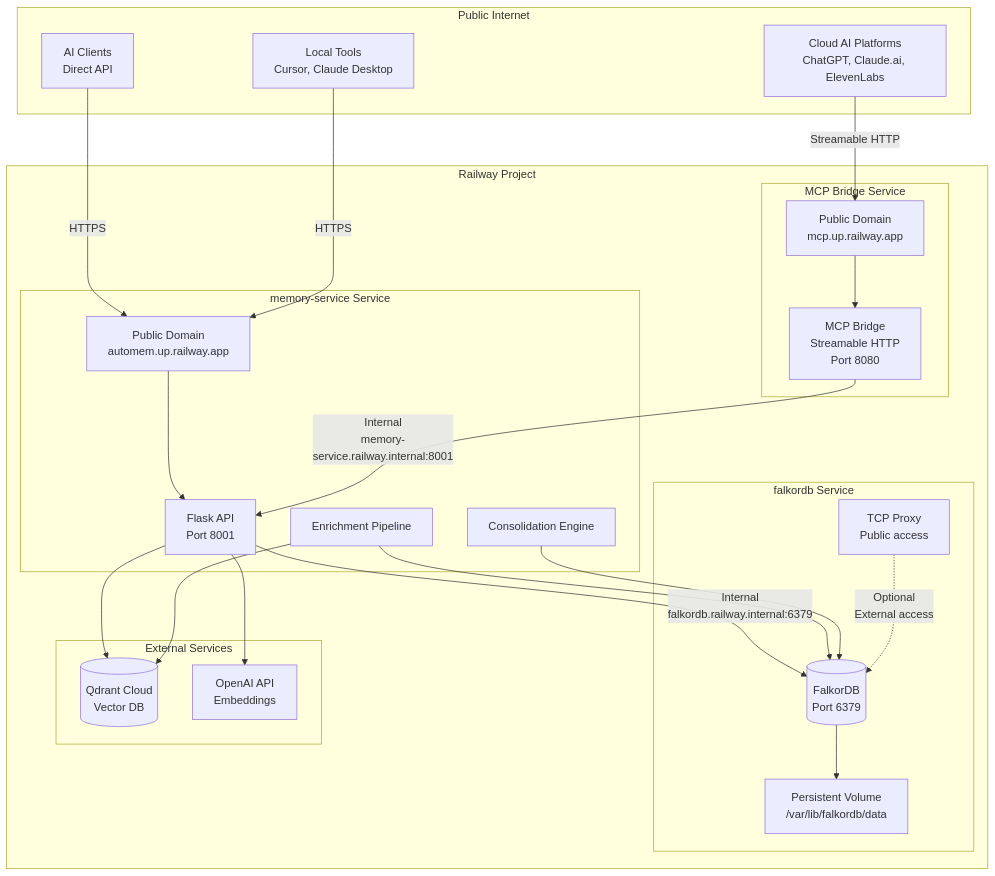
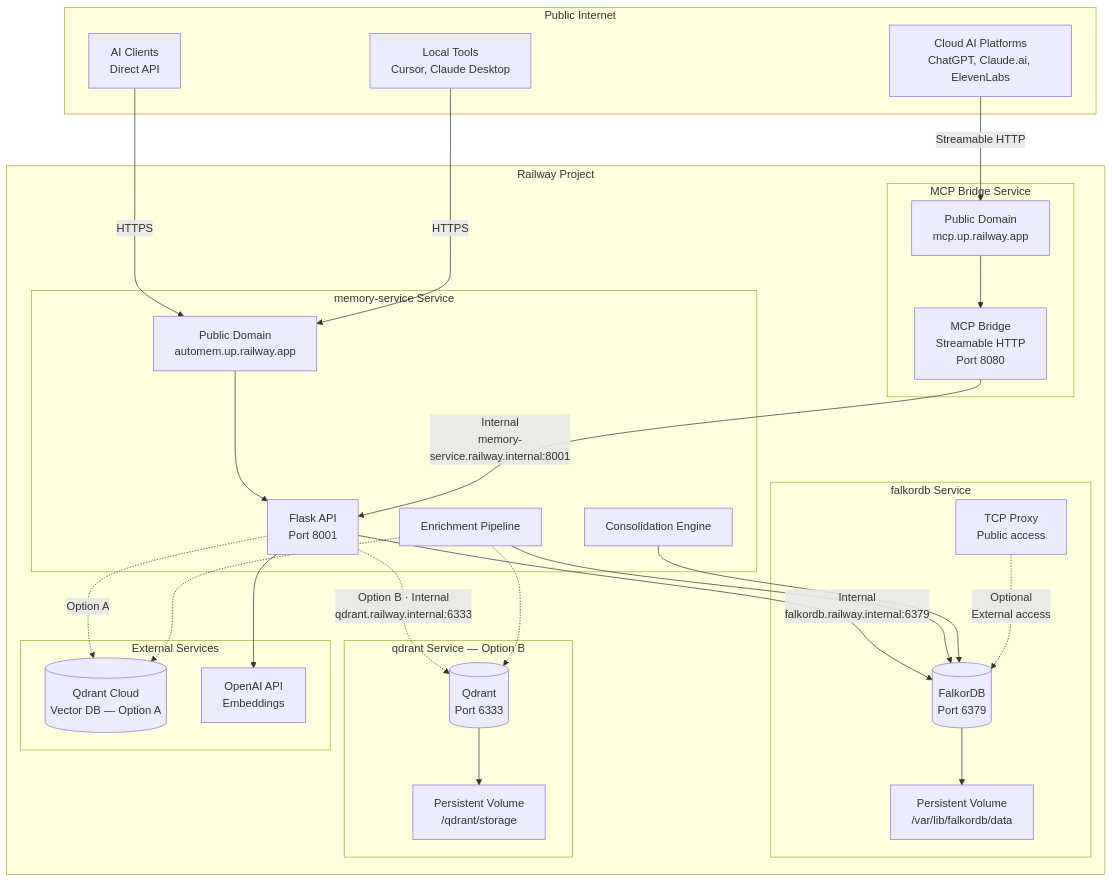
Before and after one commit to verygoodplugins/automem: the diagram in docs/RAILWAY_DEPLOYMENT.md, drawn with Mermaid. The commit also changed other lines of this file and 9 other files, not shown here.

First line of the commit message:
feat(config): add QDRANT_HOST + QDRANT_PORT as alternative to QDRANT_URL (#112)

````diff
--- a/docs/RAILWAY_DEPLOYMENT.md
+++ b/docs/RAILWAY_DEPLOYMENT.md
@@ -16,55 +16,63 @@
 ```mermaid
 flowchart TB
     subgraph internet [Public Internet]
         Users[AI Clients<br/>Direct API]
         CloudAI[Cloud AI Platforms<br/>ChatGPT, Claude.ai, ElevenLabs]
         Local[Local Tools<br/>Cursor, Claude Desktop]
     end
 
     subgraph railway [Railway Project]
         subgraph mcpbridge [MCP Bridge Service]
             MCPServer[MCP Bridge<br/>Streamable HTTP<br/>Port 8080]
             MCPDomain[Public Domain<br/>mcp.up.railway.app]
         end
 
         subgraph api [memory-service Service]
             FlaskAPI[Flask API<br/>Port 8001]
             APIDomain[Public Domain<br/>automem.up.railway.app]
 
             Enrichment[Enrichment Pipeline]
             Consolidation[Consolidation Engine]
         end
 
         subgraph db [falkordb Service]
             FalkorDB[(FalkorDB<br/>Port 6379)]
             Volume[Persistent Volume<br/>/var/lib/falkordb/data]
             TCPProxy[TCP Proxy<br/>Public access]
         end
 
+        subgraph qdrantsvc [qdrant Service — Option B]
+            Qdrant[(Qdrant<br/>Port 6333)]
+            QdrantVolume[Persistent Volume<br/>/qdrant/storage]
+        end
+
         subgraph external [External Services]
-            QdrantCloud[(Qdrant Cloud<br/>Vector DB)]
+            QdrantCloud[(Qdrant Cloud<br/>Vector DB — Option A)]
             OpenAI[OpenAI API<br/>Embeddings]
         end
     end
 
     Users -->|HTTPS| APIDomain
     CloudAI -->|Streamable HTTP| MCPDomain
     Local -->|HTTPS| APIDomain
 
     MCPDomain --> MCPServer
     APIDomain --> FlaskAPI
 
     MCPServer -->|Internal<br/>memory-service.railway.internal:8001| FlaskAPI
 
     FlaskAPI -->|Internal<br/>falkordb.railway.internal:6379| FalkorDB
-    FlaskAPI --> QdrantCloud
+    FlaskAPI -.->|Option A| QdrantCloud
+    FlaskAPI -.->|Option B · Internal<br/>qdrant.railway.internal:6333| Qdrant
     FlaskAPI --> OpenAI
 
     Enrichment --> FalkorDB
-    Enrichment --> QdrantCloud
+    Enrichment -.-> QdrantCloud
+    Enrichment -.-> Qdrant
     Consolidation --> FalkorDB
 
     FalkorDB --> Volume
+    Qdrant --> QdrantVolume
 
     TCPProxy -.->|Optional<br/>External access| FalkorDB
 ```
````
